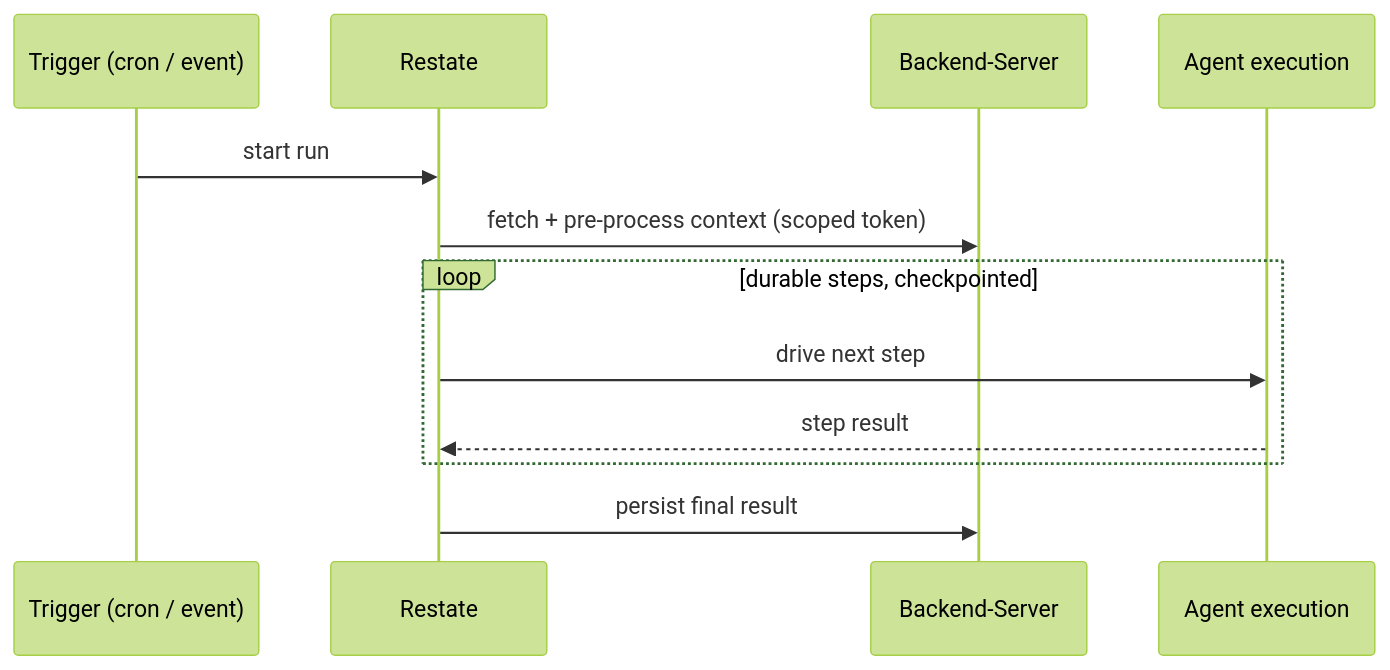
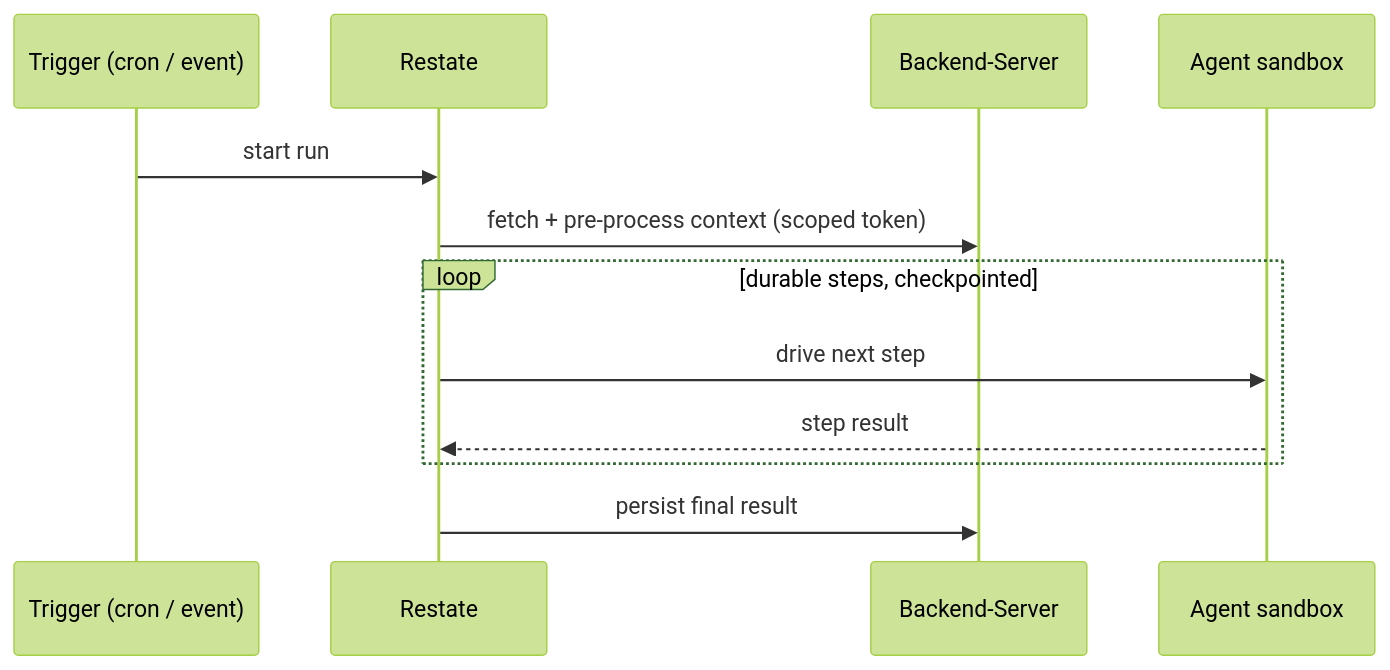
One commit to Solstice-Health/engineering-specs changed the fifth of 7 diagrams in plans/SOL-2878-restate-agent-orchestration.md. Above: the diagram before and after it, drawn with Mermaid (forest theme). The commit also changed other lines of this file, not shown here.

````diff
--- a/plans/SOL-2878-restate-agent-orchestration.md
+++ b/plans/SOL-2878-restate-agent-orchestration.md
@@ -109,14 +120,14 @@
 ```mermaid
 sequenceDiagram
     participant T as Trigger (cron / event)
     participant R as Restate
     participant BE as Backend-Server
-    participant AI as Agent execution
+    participant AI as Agent sandbox
     T->>R: start run
     R->>BE: fetch + pre-process context (scoped token)
     loop durable steps, checkpointed
         R->>AI: drive next step
         AI-->>R: step result
     end
     R->>BE: persist final result
 ```
````
